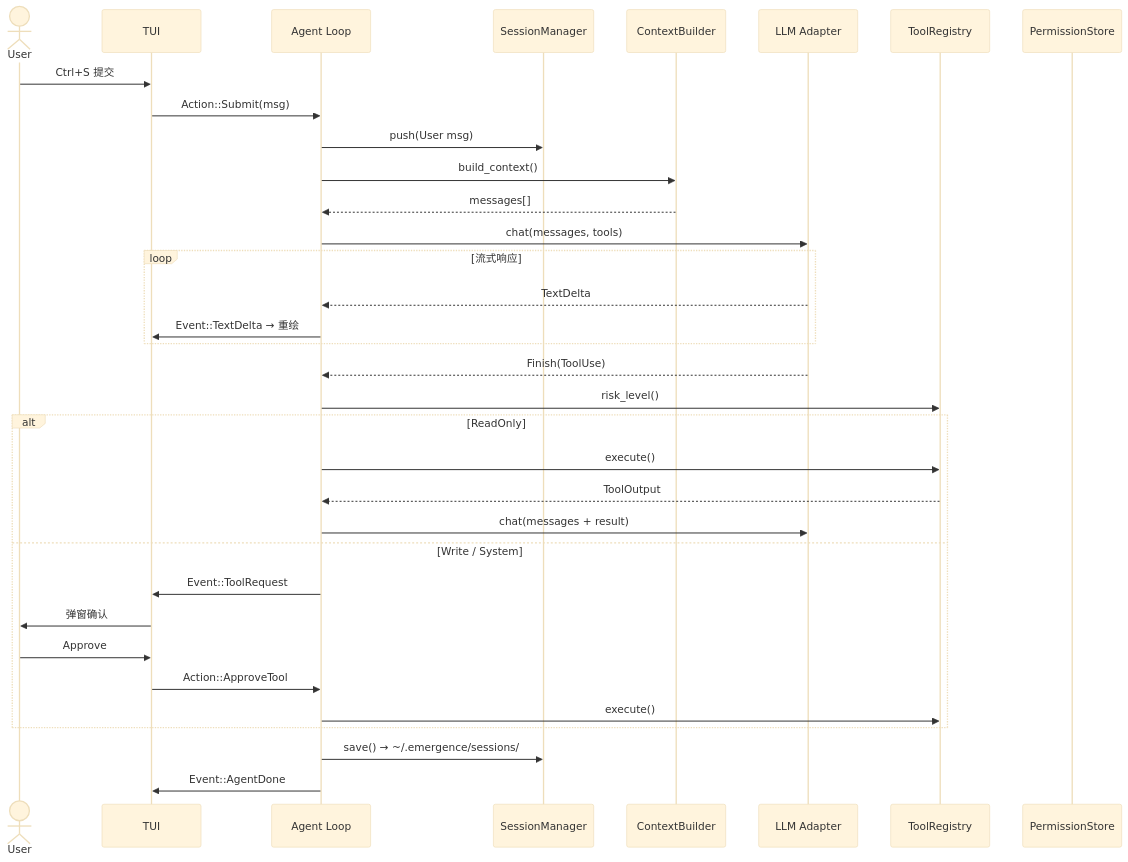
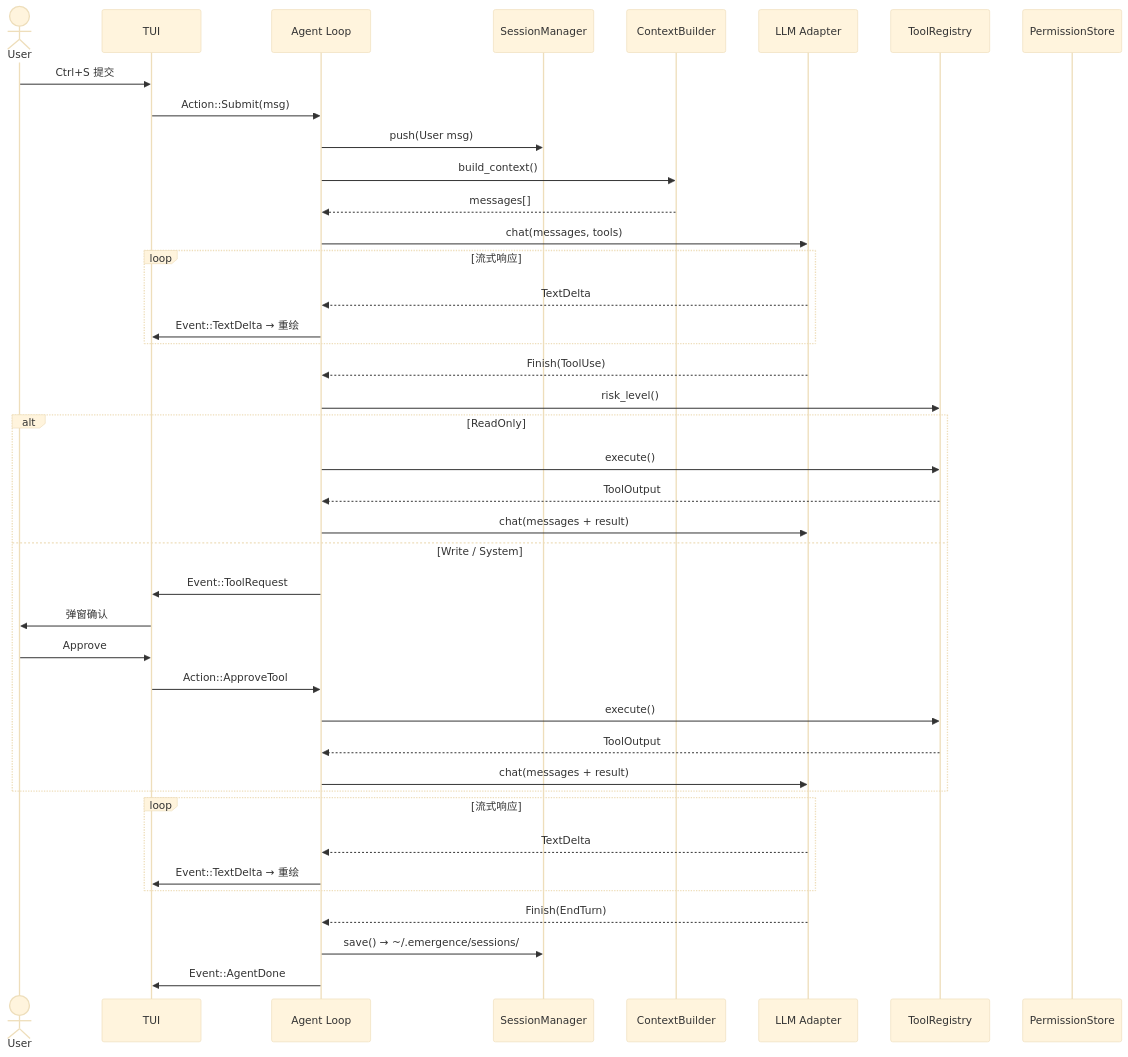
Before and after one commit to CheneyYin/emergence: the tenth of 12 diagrams in docs/superpowers/specs/2026-05-04-emergence-design.md, drawn with Mermaid (base theme). The commit also changed other lines of this file, not shown here.

Commit message:
fix: add missing LLM response in sequence diagrams

````diff
--- a/docs/superpowers/specs/2026-05-04-emergence-design.md
+++ b/docs/superpowers/specs/2026-05-04-emergence-design.md
@@ -563,41 +568,49 @@
 ```mermaid
 sequenceDiagram
     actor User
     participant TUI as TUI
     participant App as Agent Loop
     participant SM as SessionManager
     participant CB as ContextBuilder
     participant LLM as LLM Adapter
     participant TR as ToolRegistry
     participant PS as PermissionStore
 
     User->>TUI: Ctrl+S 提交
     TUI->>App: Action::Submit(msg)
     App->>SM: push(User msg)
     App->>CB: build_context()
     CB-->>App: messages[]
     App->>LLM: chat(messages, tools)
 
     loop 流式响应
         LLM-->>App: TextDelta
         App->>TUI: Event::TextDelta → 重绘
     end
 
     LLM-->>App: Finish(ToolUse)
     App->>TR: risk_level()
 
     alt ReadOnly
         App->>TR: execute()
         TR-->>App: ToolOutput
         App->>LLM: chat(messages + result)
     else Write / System
         App->>TUI: Event::ToolRequest
         TUI->>User: 弹窗确认
         User->>TUI: Approve
         TUI->>App: Action::ApproveTool
         App->>TR: execute()
+        TR-->>App: ToolOutput
+        App->>LLM: chat(messages + result)
     end
 
+    loop 流式响应
+        LLM-->>App: TextDelta
+        App->>TUI: Event::TextDelta → 重绘
+    end
+
+    LLM-->>App: Finish(EndTurn)
     App->>SM: save() → ~/.emergence/sessions/
     App->>TUI: Event::AgentDone
 ```
````
